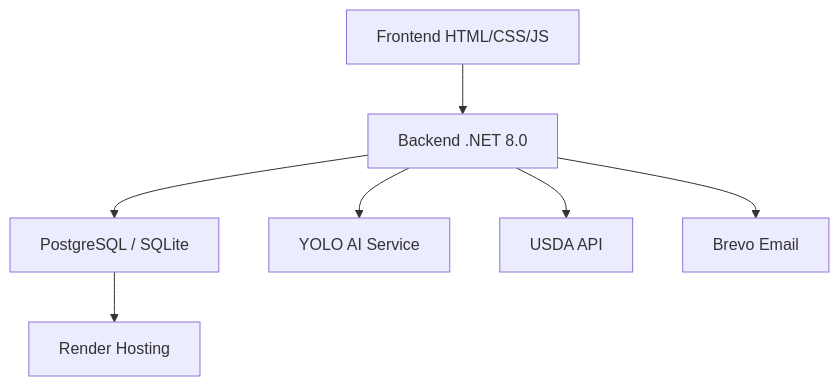
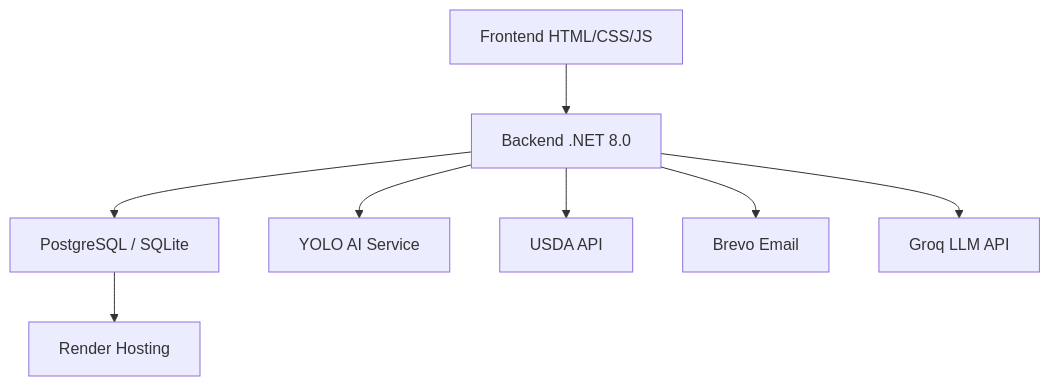
One commit to Brazilian-System-of-Food-Metric/software-documentation changed the first of 2 diagrams in docs/guia-desenvolvedor/index.md. Above: the diagram before and after it, drawn with Mermaid. The commit also changed other lines of this file and 21 other files, not shown here.

````diff
--- a/docs/guia-desenvolvedor/index.md
+++ b/docs/guia-desenvolvedor/index.md
@@ -13,9 +13,10 @@
 ```mermaid
 graph TD
     A[Frontend HTML/CSS/JS] --> B[Backend .NET 8.0]
     B --> C[PostgreSQL / SQLite]
     B --> D[YOLO AI Service]
     B --> E[USDA API]
     B --> F[Brevo Email]
-    C --> G[Render Hosting]
+    B --> G[Groq LLM API]
+    C --> H[Render Hosting]
 ```
````
